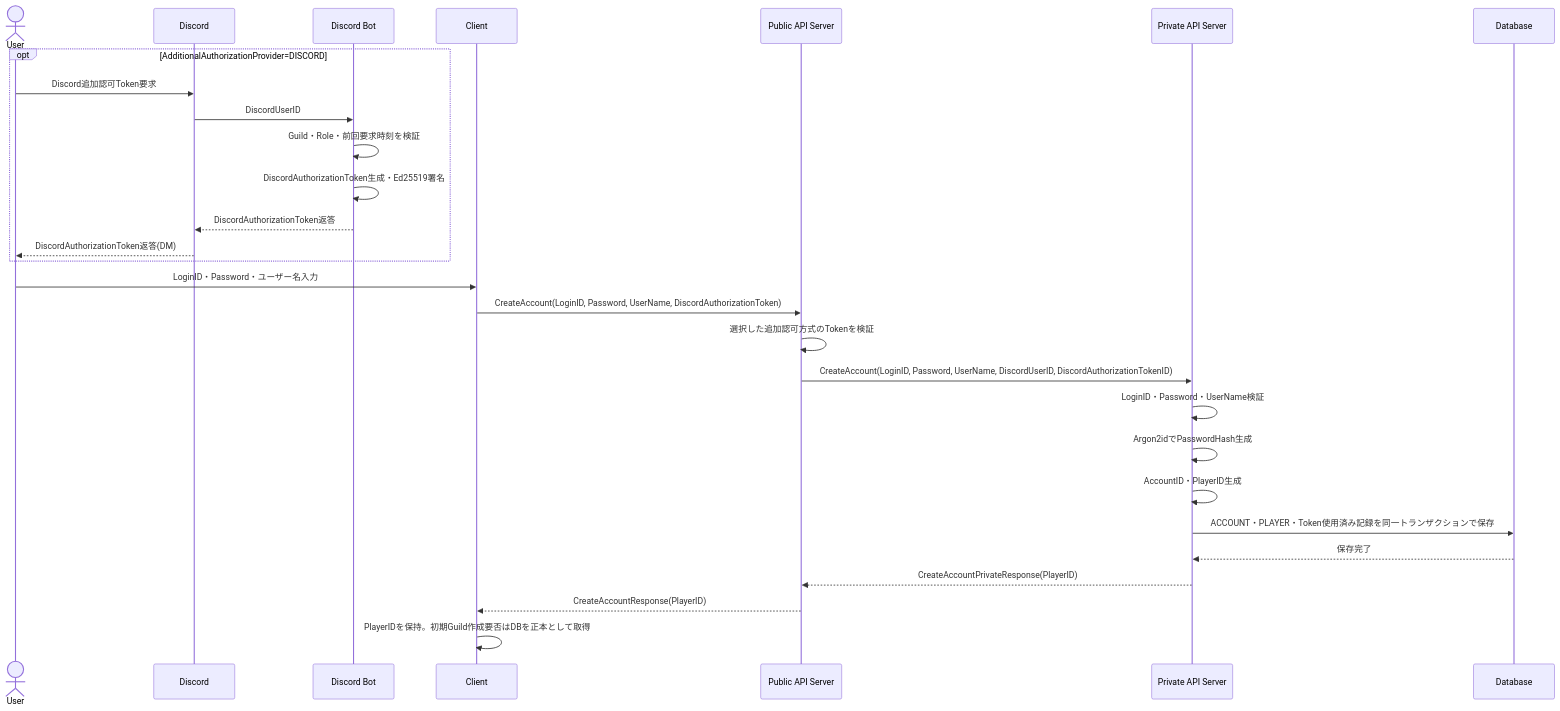
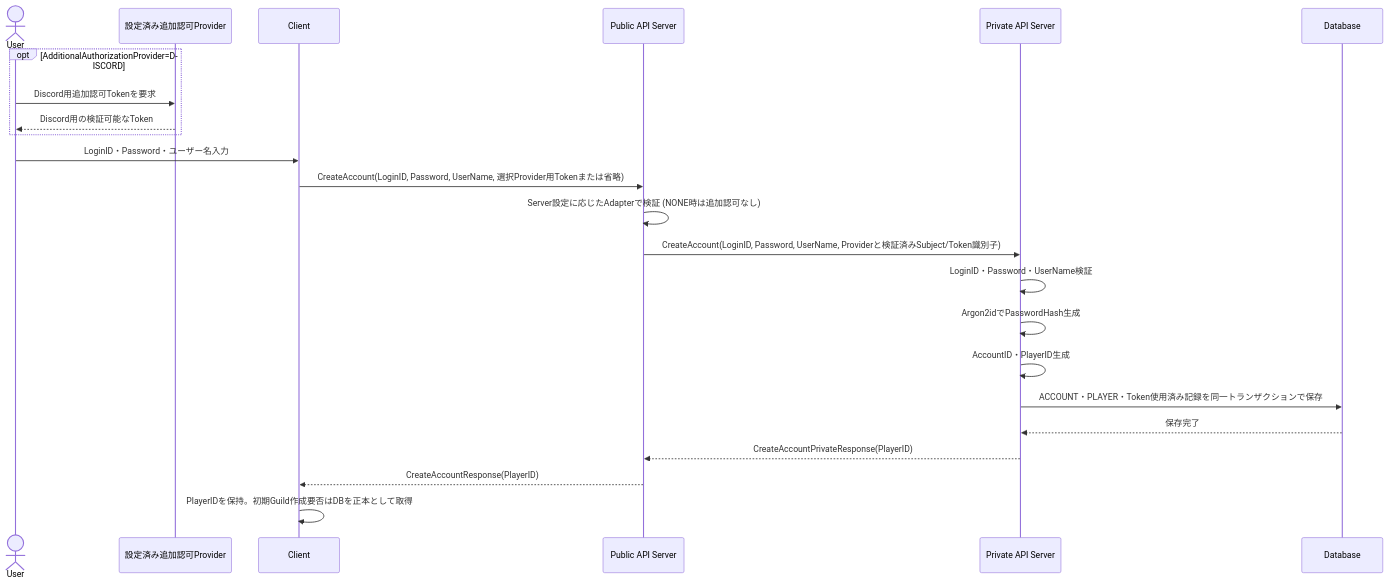
One commit to ReHydrangeaOdyssey/Specifications changed the first of 4 diagrams in design/server/session.md. Above: the diagram before and after it, drawn with Mermaid. The commit also changed other lines of this file and 25 other files, not shown here.

````diff
--- a/design/server/session.md
+++ b/design/server/session.md
@@ -151,32 +151,27 @@
 ```mermaid
 sequenceDiagram
     actor User
-    participant Discord
-    participant DiscordBot as Discord Bot
+    participant AuthProvider as 設定済み追加認可Provider
     participant Client
     participant PublicAPIServer as Public API Server
     participant PrivateAPIServer as Private API Server
     participant Database
 
     opt AdditionalAuthorizationProvider=DISCORD
-        User->>Discord: Discord追加認可Token要求
-        Discord->>DiscordBot: DiscordUserID
-        DiscordBot->>DiscordBot: Guild・Role・前回要求時刻を検証
-        DiscordBot->>DiscordBot: DiscordAuthorizationToken生成・Ed25519署名
-        DiscordBot-->>Discord: DiscordAuthorizationToken返答
-        Discord-->>User: DiscordAuthorizationToken返答(DM)
+        User->>AuthProvider: Discord用追加認可Tokenを要求
+        AuthProvider-->>User: Discord用の検証可能なToken
     end
 
     User->>Client: LoginID・Password・ユーザー名入力
-    Client->>PublicAPIServer: CreateAccount(LoginID, Password, UserName, DiscordAuthorizationToken)
-    PublicAPIServer->>PublicAPIServer: 選択した追加認可方式のTokenを検証
-    PublicAPIServer->>PrivateAPIServer: CreateAccount(LoginID, Password, UserName, DiscordUserID, DiscordAuthorizationTokenID)
+    Client->>PublicAPIServer: CreateAccount(LoginID, Password, UserName, 選択Provider用Tokenまたは省略)
+    PublicAPIServer->>PublicAPIServer: Server設定に応じたAdapterで検証 (NONE時は追加認可なし)
+    PublicAPIServer->>PrivateAPIServer: CreateAccount(LoginID, Password, UserName, Providerと検証済みSubject/Token識別子)
     PrivateAPIServer->>PrivateAPIServer: LoginID・Password・UserName検証
     PrivateAPIServer->>PrivateAPIServer: Argon2idでPasswordHash生成
     PrivateAPIServer->>PrivateAPIServer: AccountID・PlayerID生成
     PrivateAPIServer->>Database: ACCOUNT・PLAYER・Token使用済み記録を同一トランザクションで保存
     Database-->>PrivateAPIServer: 保存完了
     PrivateAPIServer-->>PublicAPIServer: CreateAccountPrivateResponse(PlayerID)
     PublicAPIServer-->>Client: CreateAccountResponse(PlayerID)
     Client->>Client: PlayerIDを保持。初期Guild作成要否はDBを正本として取得
 ```
````
